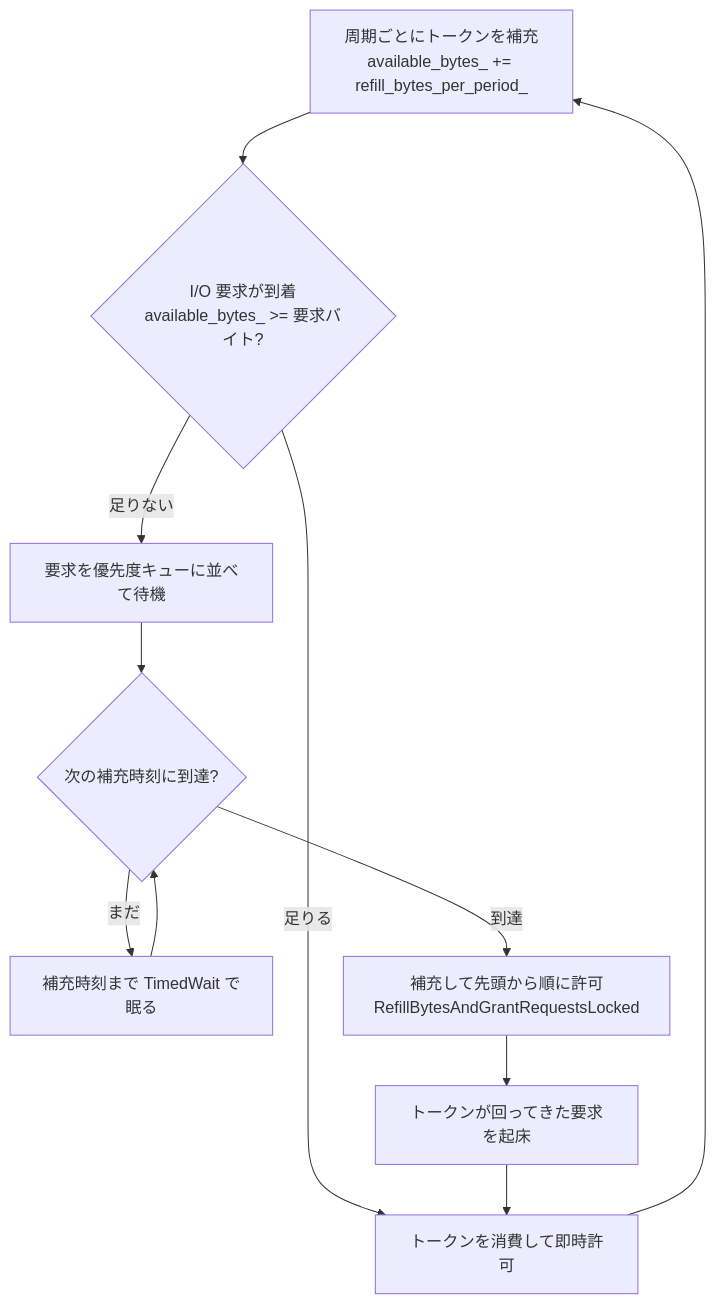
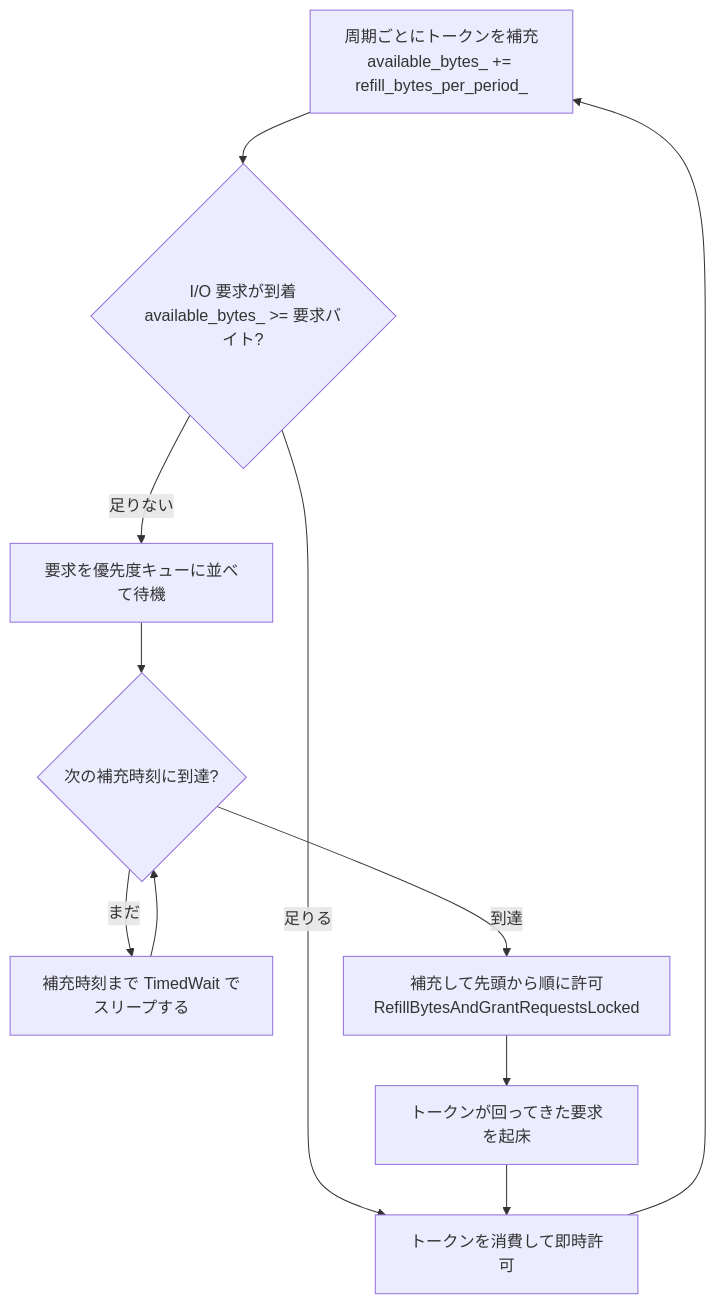
The diagram in rocksdb/part08-concurrency/44-rate-limiter.md (miyamadoKL/source-code-reading), drawn with Mermaid before and after one commit. The commit also changed other lines of this file and 4 other files, not shown here.

````diff
--- a/rocksdb/part08-concurrency/44-rate-limiter.md
+++ b/rocksdb/part08-concurrency/44-rate-limiter.md
@@ -179,13 +179,13 @@
 ```mermaid
 flowchart TD
     A["周期ごとにトークンを補充<br/>available_bytes_ += refill_bytes_per_period_"] --> B{"I/O 要求が到着<br/>available_bytes_ >= 要求バイト?"}
     B -- 足りる --> C["トークンを消費して即時許可"]
     B -- 足りない --> D["要求を優先度キューに並べて待機"]
     D --> E{"次の補充時刻に到達?"}
-    E -- まだ --> F["補充時刻まで TimedWait で眠る"]
+    E -- まだ --> F["補充時刻まで TimedWait でスリープする"]
     F --> E
     E -- 到達 --> G["補充して先頭から順に許可<br/>RefillBytesAndGrantRequestsLocked"]
     G --> H["トークンが回ってきた要求を起床"]
     H --> C
     C --> A
 ```
````
